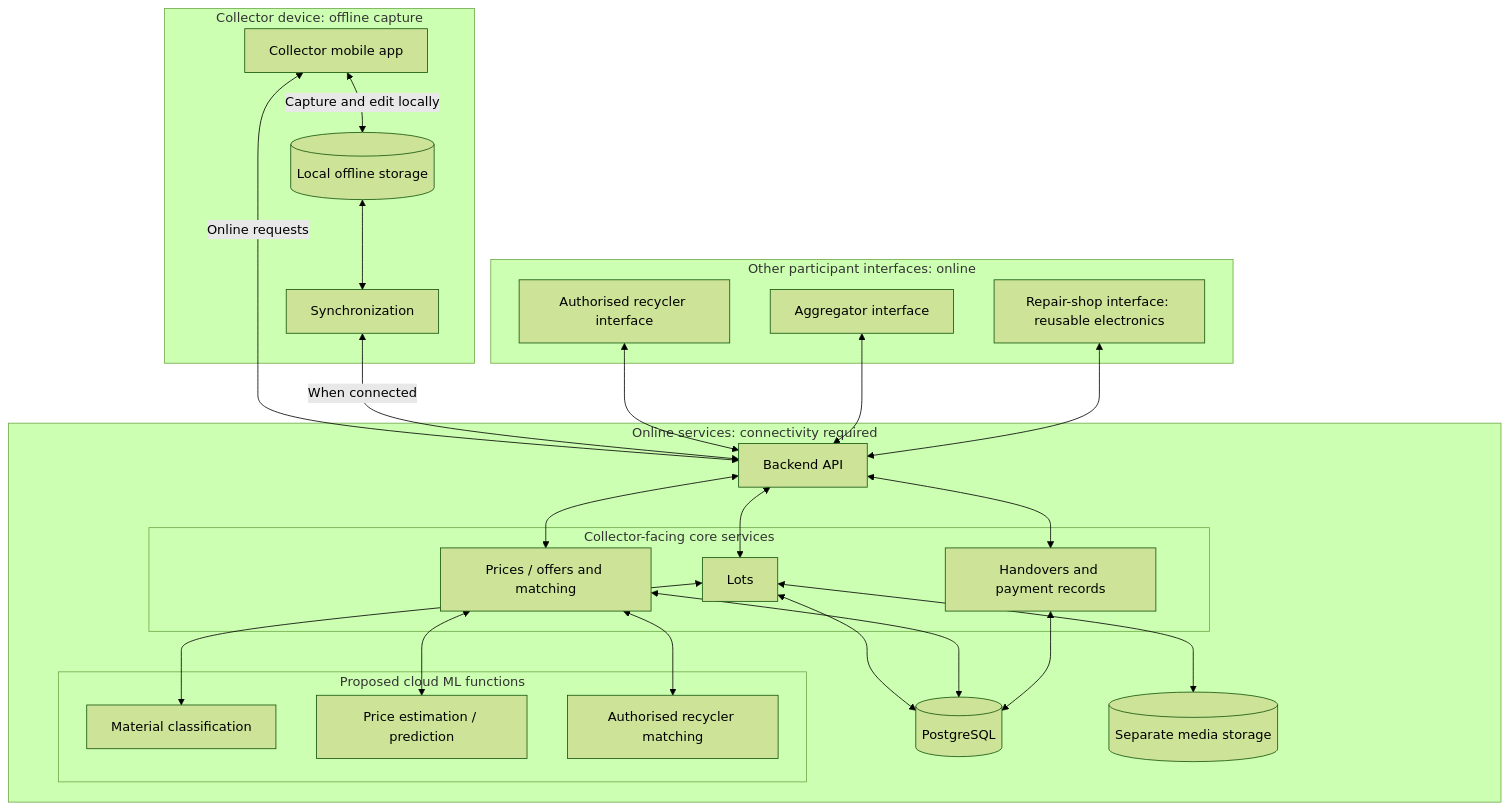
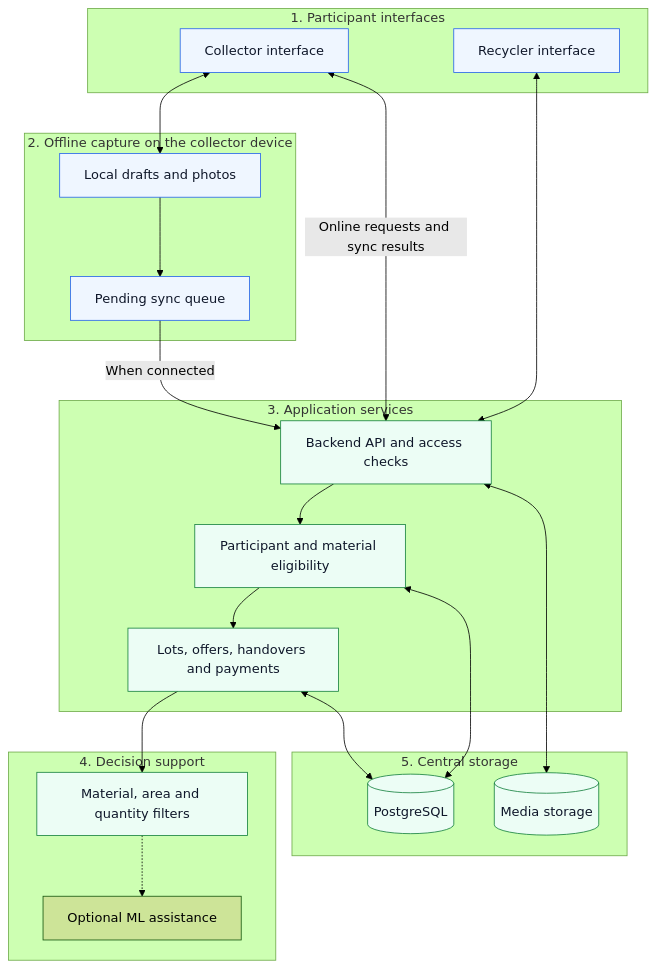
One commit to kartiksingh6734/E-Chakra- changed the diagram in docs/system-architecture.md. Above: the diagram before and after it, drawn with Mermaid (forest theme). The commit also changed other lines of this file and 5 other files, not shown here.

````diff
--- a/docs/system-architecture.md
+++ b/docs/system-architecture.md
@@ -5,52 +9,40 @@
 ```mermaid
 flowchart TB
-    subgraph DEVICE["Collector device: offline capture"]
-        APP["Collector mobile app"]
-        LOCAL[("Local offline storage")]
-        SYNC["Synchronization"]
-        APP <-->|"Capture and edit locally"| LOCAL
-        LOCAL <--> SYNC
+    subgraph UI["1. Participant interfaces"]
+        C["Collector interface"]
+        R["Recycler interface"]
     end
-
-    subgraph PARTICIPANTS["Other participant interfaces: online"]
-        RECYCLER["Authorised recycler interface"]
-        AGGREGATOR["Aggregator interface"]
-        REPAIR["Repair-shop interface: reusable electronics"]
+    subgraph LOCAL["2. Offline capture on the collector device"]
+        D["Local drafts and photos"]
+        Q["Pending sync queue"]
     end
-
-    subgraph ONLINE["Online services: connectivity required"]
-        API["Backend API"]
-
-        subgraph CORE["Collector-facing core services"]
-            LOTS["Lots"]
-            OFFERS["Prices / offers and matching"]
-            RECORDS["Handovers and payment records"]
-        end
-
-        PG[("PostgreSQL")]
-        MEDIA[("Separate media storage")]
-
-        subgraph ML["Proposed cloud ML functions"]
-            CLASSIFY["Material classification"]
-            ESTIMATE["Price estimation / prediction"]
-            MATCH["Authorised recycler matching"]
-        end
-
-        API <--> LOTS
-        API <--> OFFERS
-        API <--> RECORDS
-        LOTS <--> PG
-        OFFERS <--> PG
-        RECORDS <--> PG
-        LOTS <--> MEDIA
-        LOTS <--> CLASSIFY
-        OFFERS <--> ESTIMATE
-        OFFERS <--> MATCH
+    subgraph CORE["3. Application services"]
+        API["Backend API and access checks"]
+        CHECK["Participant and material eligibility"]
+        TX["Lots, offers, handovers and payments"]
     end
-
-    APP <-->|"Online requests"| API
-    SYNC <-->|"When connected"| API
-    RECYCLER <--> API
-    AGGREGATOR <--> API
-    REPAIR <--> API
+    subgraph ASSIST["4. Decision support"]
+        FILTER["Material, area and quantity filters"]
+        ML["Optional ML assistance"]
+    end
+    subgraph STORE["5. Central storage"]
+        DB[("PostgreSQL")]
+        MEDIA[("Media storage")]
+    end
+    C <--> D
+    D --> Q
+    Q -->|"When connected"| API
+    C <-->|"Online requests and sync results"| API
+    R <--> API
+    API --> CHECK
+    CHECK --> TX
+    TX --> FILTER
+    FILTER -.-> ML
+    TX <--> DB
+    CHECK <--> DB
+    API <--> MEDIA
+    classDef device fill:#eff6ff,stroke:#2563eb,color:#0f172a
+    classDef service fill:#ecfdf5,stroke:#15803d,color:#0f172a
+    class C,R,D,Q device
+    class API,CHECK,TX,FILTER,DB,MEDIA service
 ```
````
